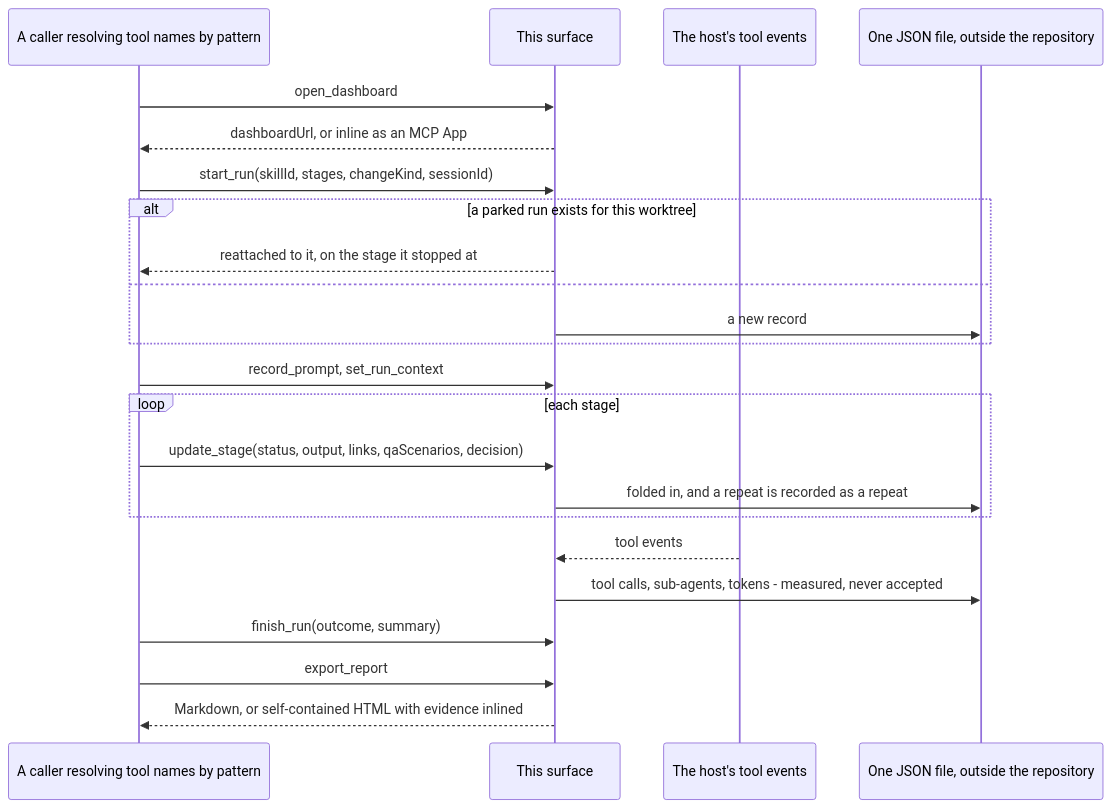
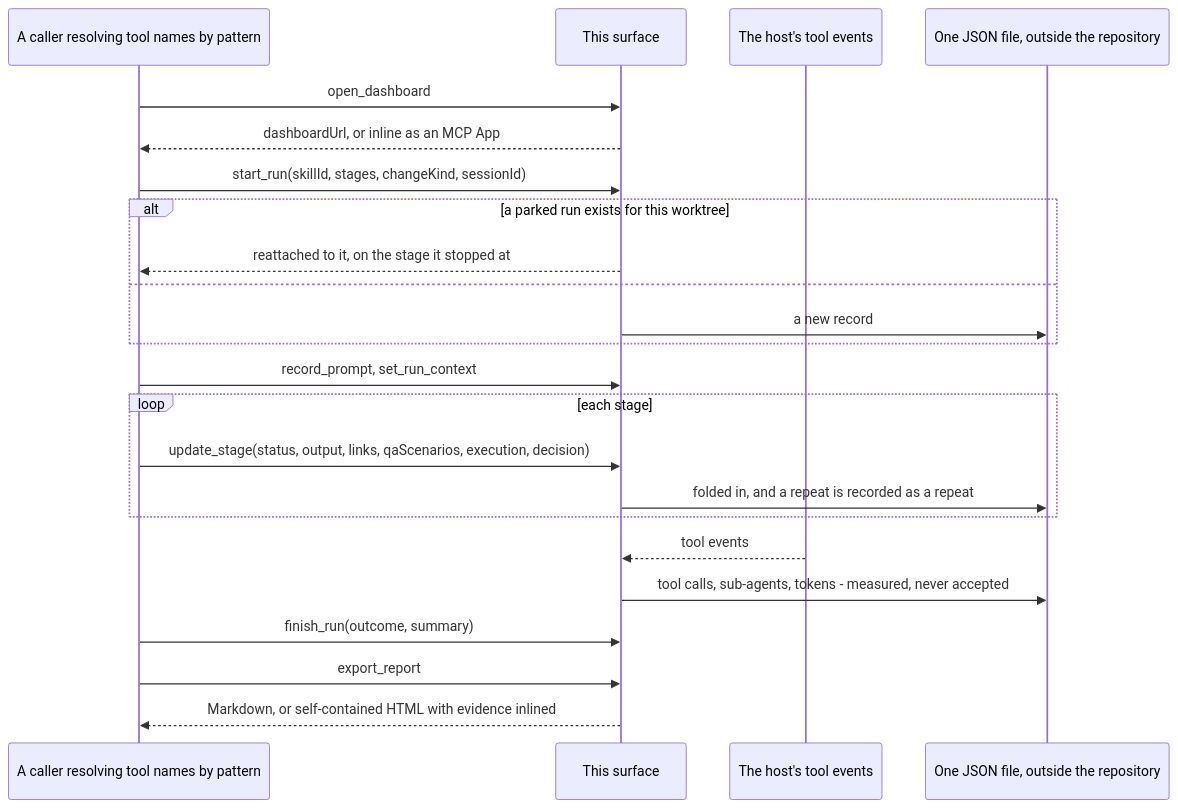
The second of 3 diagrams in .devbook/arc42/building-blocks/delivery-surface-dashboard.md (JSdotNet/ai-agent-stack), drawn with Mermaid before and after one commit. The commit also changed 3 other files, not shown here.

First line of the commit message:
delivery: name execution in the Stage Updated payload and the runner in the context schema

````diff
--- a/.devbook/arc42/building-blocks/delivery-surface-dashboard.md
+++ b/.devbook/arc42/building-blocks/delivery-surface-dashboard.md
@@ -369,26 +369,26 @@
 ```mermaid
 sequenceDiagram
     participant C as A caller resolving tool names by pattern
     participant S as This surface
     participant H as The host's tool events
     participant F as One JSON file, outside the repository
 
     C->>S: open_dashboard
     S-->>C: dashboardUrl, or inline as an MCP App
     C->>S: start_run(skillId, stages, changeKind, sessionId)
     alt a parked run exists for this worktree
         S-->>C: reattached to it, on the stage it stopped at
     else
         S->>F: a new record
     end
     C->>S: record_prompt, set_run_context
     loop each stage
-        C->>S: update_stage(status, output, links, qaScenarios, decision)
+        C->>S: update_stage(status, output, links, qaScenarios, execution, decision)
         S->>F: folded in, and a repeat is recorded as a repeat
     end
     H-->>S: tool events
     S->>F: tool calls, sub-agents, tokens - measured, never accepted
     C->>S: finish_run(outcome, summary)
     C->>S: export_report
     S-->>C: Markdown, or self-contained HTML with evidence inlined
 ```
````
